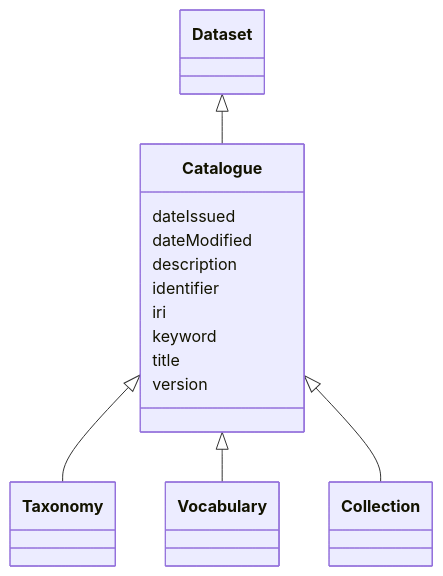
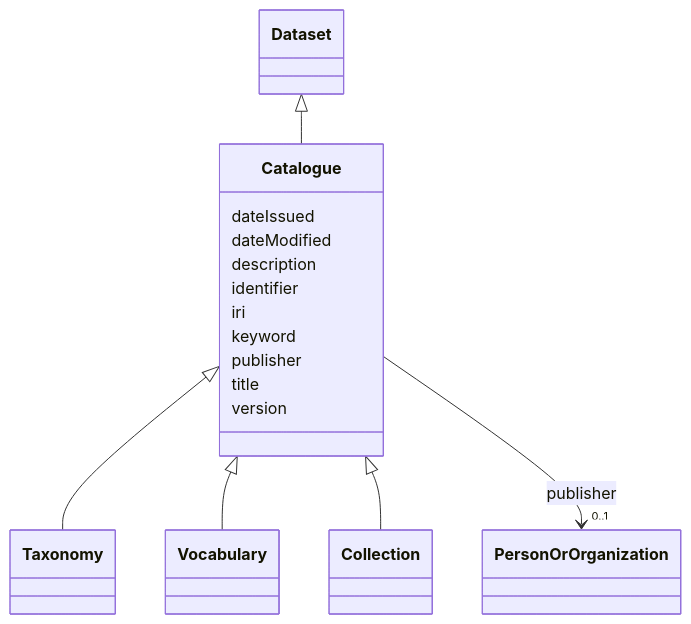
The diagram in models/docs/Catalogue.md (EVORA-project/evora-ontology), drawn with Mermaid before and after one commit. The commit also changed other lines of this file and 468 other files, not shown here.

````diff
--- a/models/docs/Catalogue.md
+++ b/models/docs/Catalogue.md
@@ -21,34 +21,43 @@
 ```mermaid
  classDiagram
     class Catalogue
     click Catalogue href "../Catalogue"
       Dataset <|-- Catalogue
         click Dataset href "../Dataset"
       
 
       Catalogue <|-- Taxonomy
         click Taxonomy href "../Taxonomy"
       Catalogue <|-- Vocabulary
         click Vocabulary href "../Vocabulary"
       Catalogue <|-- Collection
         click Collection href "../Collection"
       
       
       Catalogue : dateIssued
         
       Catalogue : dateModified
         
       Catalogue : description
         
       Catalogue : identifier
         
       Catalogue : iri
         
       Catalogue : keyword
         
+      Catalogue : publisher
+        
+          
+    
+    
+    Catalogue --> "0..1" PersonOrOrganization : publisher
+    click PersonOrOrganization href "../PersonOrOrganization"
+
+        
       Catalogue : title
         
       Catalogue : version
         
       
 ```
````
